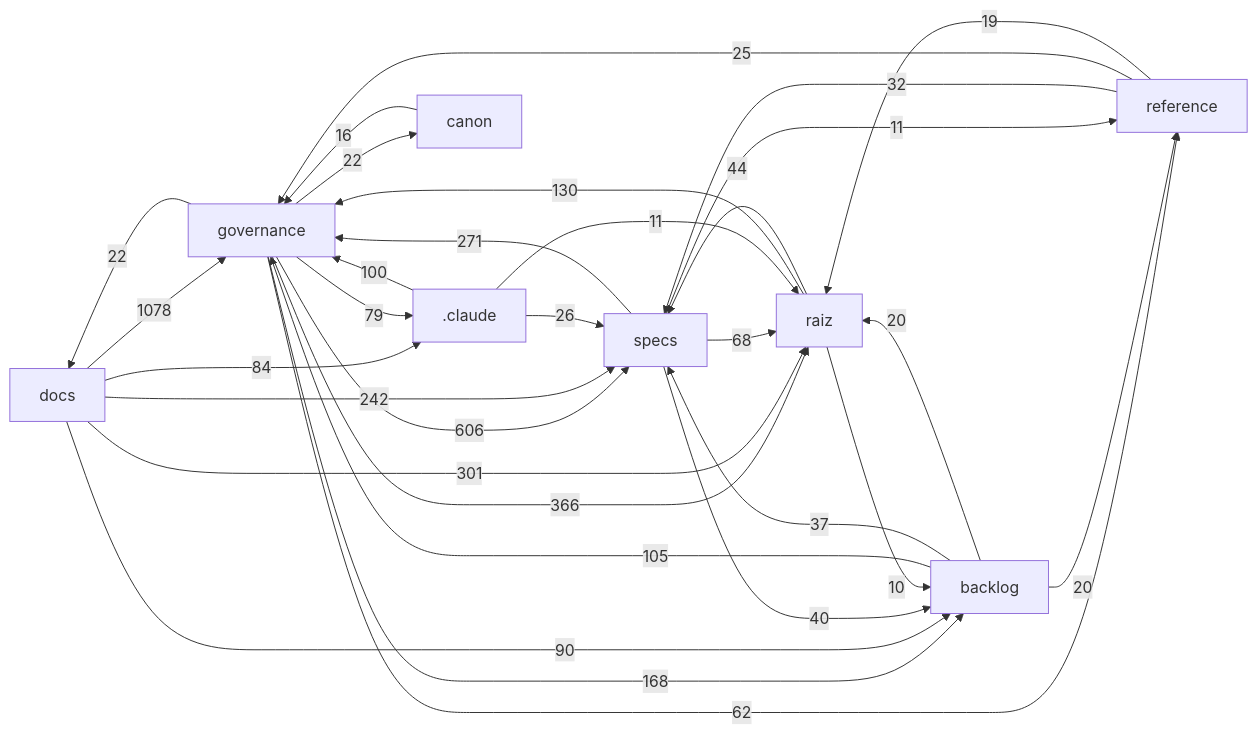
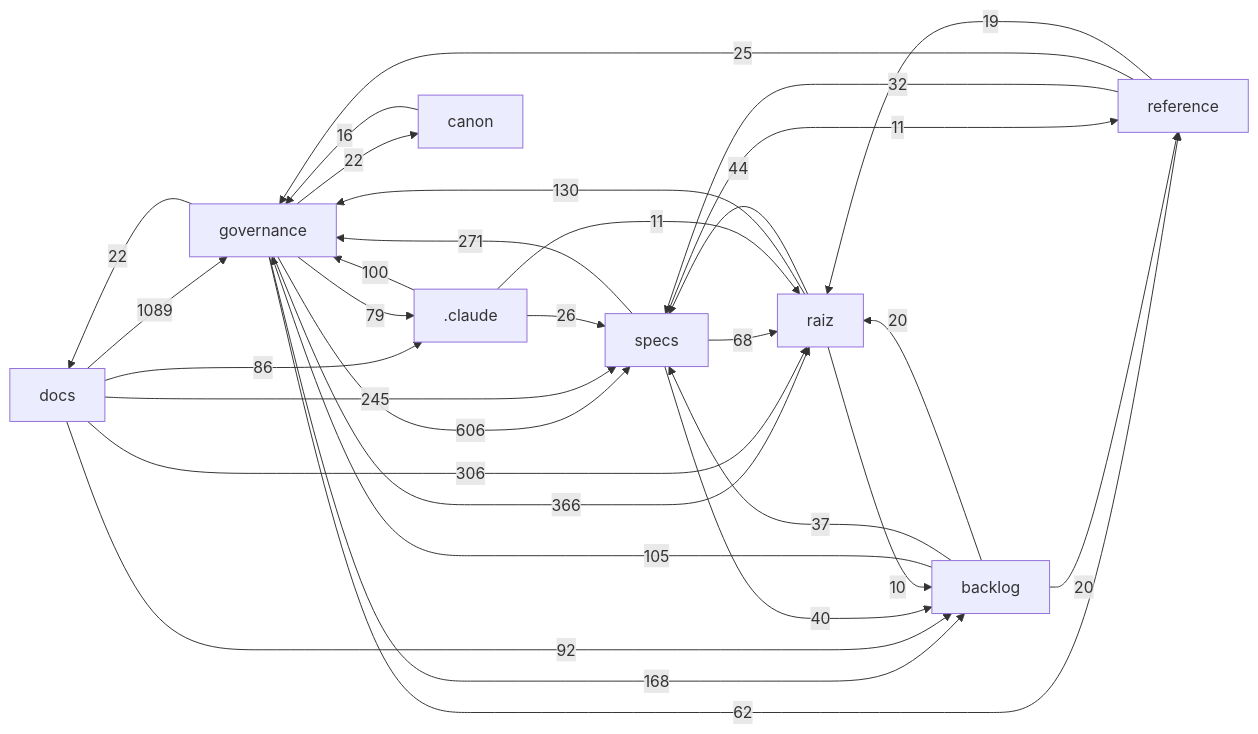
Before and after one commit to Andraus35/Sistema-Operacional-de-Trading--SOT: the diagram in docs/mapa/MAPA-PROJETO.md, drawn with Mermaid. The commit also changed other lines of this file and 8 other files, not shown here.

````diff
--- a/docs/mapa/MAPA-PROJETO.md
+++ b/docs/mapa/MAPA-PROJETO.md
@@ -29,33 +29,33 @@
 ```mermaid
 flowchart LR
-  docs["docs"] -->|1078| governance["governance"]
+  docs["docs"] -->|1089| governance["governance"]
   governance["governance"] -->|606| specs["specs"]
   governance["governance"] -->|366| raiz["raiz"]
-  docs["docs"] -->|301| raiz["raiz"]
+  docs["docs"] -->|306| raiz["raiz"]
   specs["specs"] -->|271| governance["governance"]
-  docs["docs"] -->|242| specs["specs"]
+  docs["docs"] -->|245| specs["specs"]
   governance["governance"] -->|168| backlog["backlog"]
   raiz["raiz"] -->|130| governance["governance"]
   backlog["backlog"] -->|105| governance["governance"]
   _claude[".claude"] -->|100| governance["governance"]
-  docs["docs"] -->|90| backlog["backlog"]
-  docs["docs"] -->|84| _claude[".claude"]
+  docs["docs"] -->|92| backlog["backlog"]
+  docs["docs"] -->|86| _claude[".claude"]
   governance["governance"] -->|79| _claude[".claude"]
   specs["specs"] -->|68| raiz["raiz"]
   governance["governance"] -->|62| reference["reference"]
   raiz["raiz"] -->|44| specs["specs"]
   specs["specs"] -->|40| backlog["backlog"]
   backlog["backlog"] -->|37| specs["specs"]
   reference["reference"] -->|32| specs["specs"]
   _claude[".claude"] -->|26| specs["specs"]
   reference["reference"] -->|25| governance["governance"]
   governance["governance"] -->|22| docs["docs"]
   governance["governance"] -->|22| canon["canon"]
   backlog["backlog"] -->|20| raiz["raiz"]
   backlog["backlog"] -->|20| reference["reference"]
   reference["reference"] -->|19| raiz["raiz"]
   canon["canon"] -->|16| governance["governance"]
   _claude[".claude"] -->|11| raiz["raiz"]
   specs["specs"] -->|11| reference["reference"]
   raiz["raiz"] -->|10| backlog["backlog"]
 ```
````
